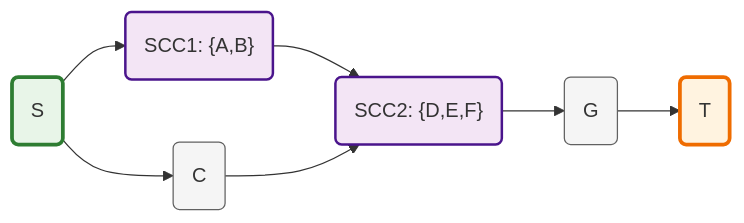
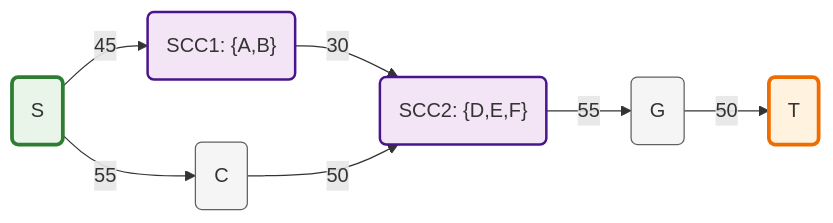
One commit to ctorrescuadra/TaesLab changed the second of 3 diagrams in Docs/KernelGraph.md. Above: the diagram before and after it, drawn with Mermaid. The commit also changed other lines of this file and 26 other files, not shown here.

First line of the commit message:
Docs: remove generated PDFs and add kernel diagrams

````diff
--- a/Docs/KernelGraph.md
+++ b/Docs/KernelGraph.md
@@ -359,29 +359,29 @@
 ```mermaid
 graph LR
   %% Kernel Graph nodes (representing SCCs and individual nodes)
   S(S)
   SCC1("SCC1: {A,B}")
   C(C)
   SCC2("SCC2: {D,E,F}")
   G(G)
   T(T)
   
   %% DAG structure of the Kernel Graph
-  S --> SCC1
-  S --> C
-  SCC1 --> SCC2
-  C --> SCC2
-  SCC2 --> G
-  G --> T
+  S --45--> SCC1
+  S --55--> C
+  SCC1 --30--> SCC2
+  C --50--> SCC2
+  SCC2 --55--> G
+  G --50--> T
   
   %% Styling for different types of SCCs
   classDef sourceSCC fill:#e8f5e8,stroke:#2e7d32,stroke-width:3px
   classDef sinkSCC fill:#fff3e0,stroke:#ef6c00,stroke-width:3px
   classDef multipleSCC fill:#f3e5f5,stroke:#4a148c,stroke-width:2px
   classDef singleSCC fill:#f5f5f5,stroke:#616161,stroke-width:1px
   
   class S sourceSCC
   class T sinkSCC
   class SCC1,SCC2 multipleSCC
   class C,G singleSCC
 ```
````
